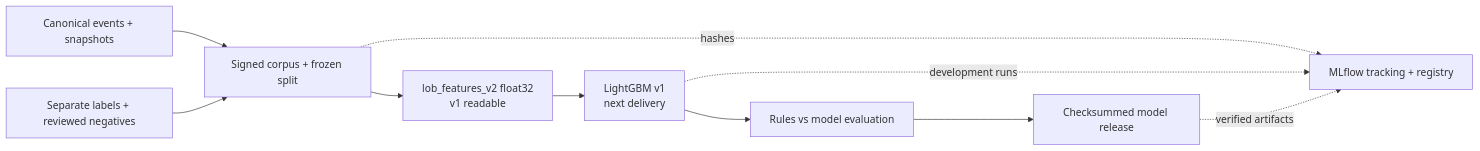
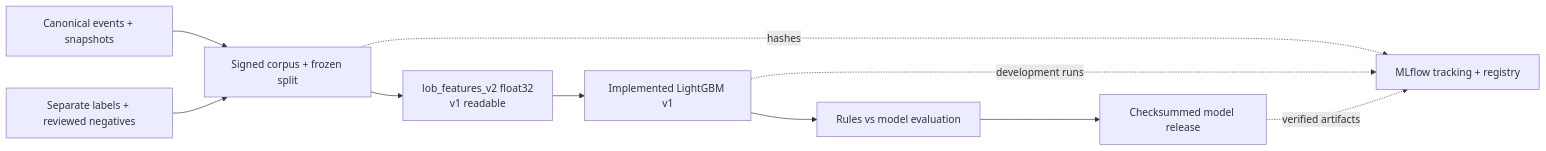
One commit to khab40/lob-arena changed the third of 3 diagrams in docs/runtime/runtime-model.md. Above: the diagram before and after it, drawn with Mermaid. The commit also changed other lines of this file and 3 other files, not shown here.

````diff
--- a/docs/runtime/runtime-model.md
+++ b/docs/runtime/runtime-model.md
@@ -216,21 +214,21 @@
 ```mermaid
 graph LR
     Events["Canonical events + snapshots"]
     Truth["Separate labels + reviewed negatives"]
     Corpus["Signed corpus + frozen split"]
     Features["lob_features_v2 float32<br/>v1 readable"]
-    Model["LightGBM v1<br/>next delivery"]
+    Model["Implemented LightGBM v1"]
     Evaluation["Rules vs model evaluation"]
     Release["Checksummed model release"]
     MLflow["MLflow tracking + registry"]
 
     Events --> Corpus
     Truth --> Corpus
     Corpus --> Features
     Features --> Model
     Model --> Evaluation
     Evaluation --> Release
     Corpus -. "hashes" .-> MLflow
     Model -. "development runs" .-> MLflow
     Release -. "verified artifacts" .-> MLflow
 ```
````
